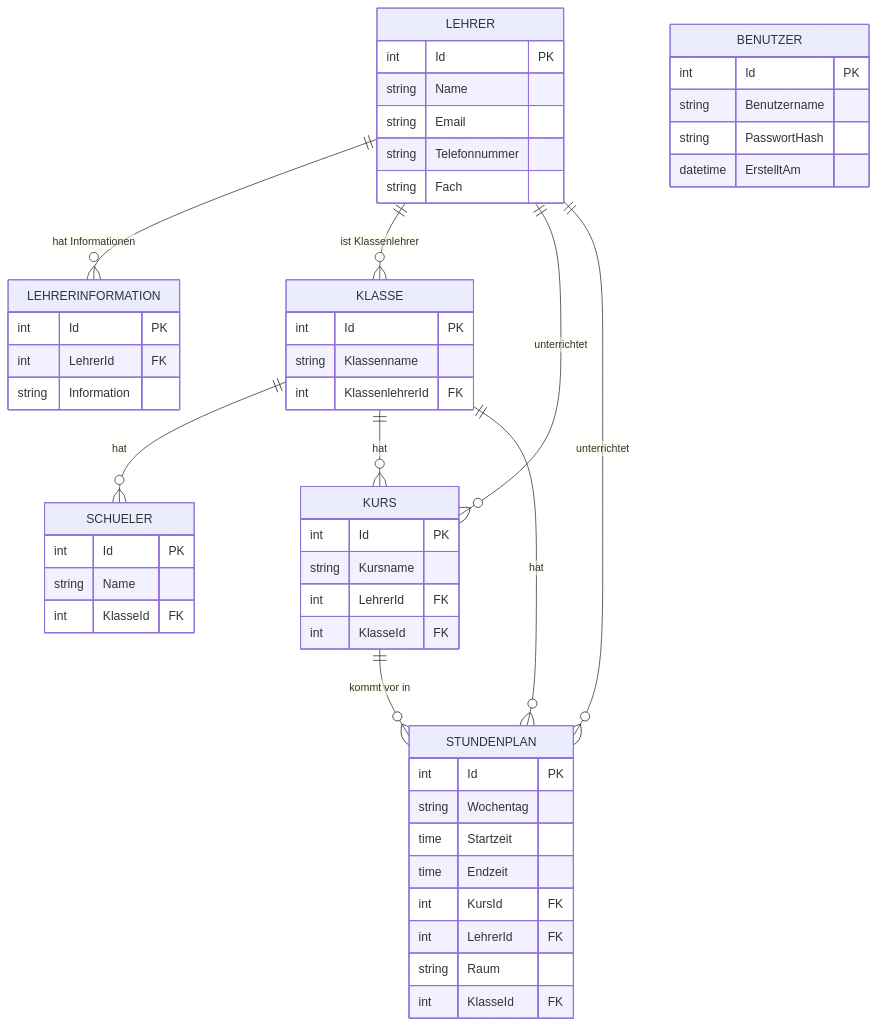
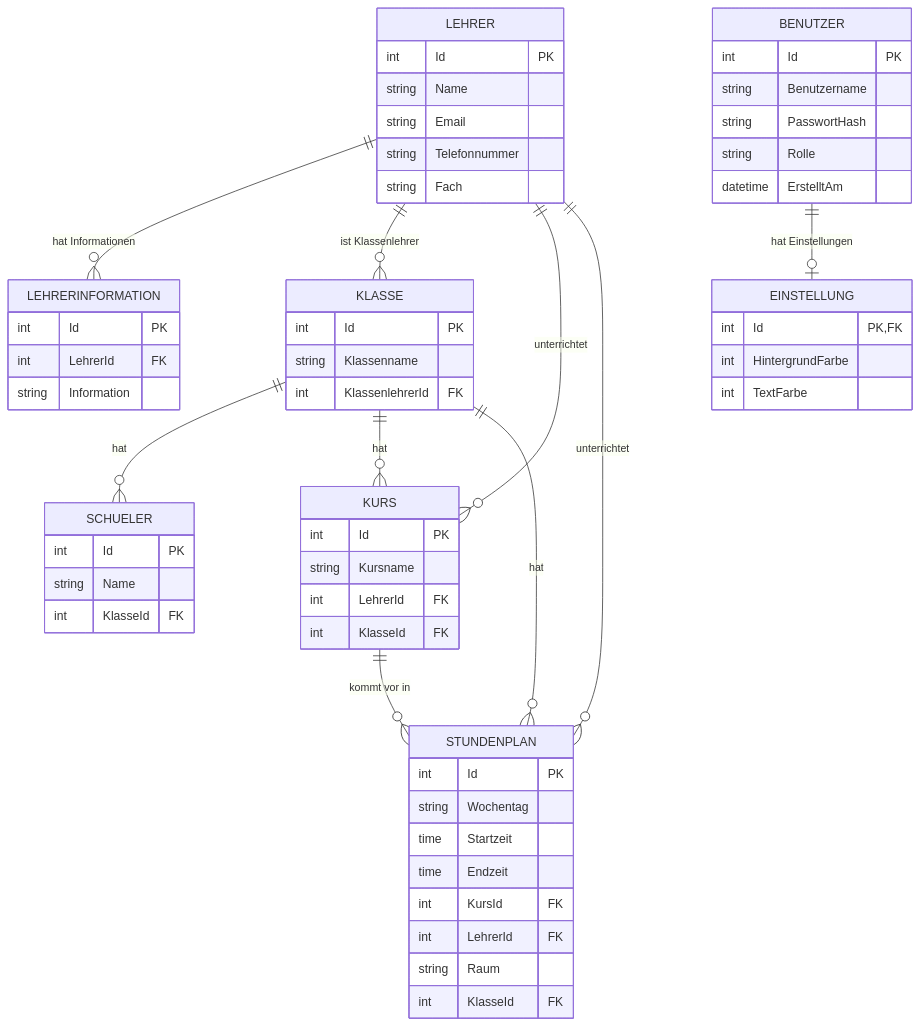
Before and after one commit to FionnLaesser/SchulApp: the diagram in README.md, drawn with Mermaid. The commit also changed other lines of this file, not shown here.

````diff
--- a/README.md
+++ b/README.md
@@ -240,63 +293,71 @@
 ```mermaid
 erDiagram
 
     SCHUELER {
         int Id PK
         string Name
         int KlasseId FK
     }
 
     LEHRER {
         int Id PK
         string Name
         string Email
         string Telefonnummer
         string Fach
     }
 
     LEHRERINFORMATION {
         int Id PK
         int LehrerId FK
         string Information
     }
 
     KLASSE {
         int Id PK
         string Klassenname
         int KlassenlehrerId FK
     }
 
     KURS {
         int Id PK
         string Kursname
         int LehrerId FK
         int KlasseId FK
     }
 
     STUNDENPLAN {
         int Id PK
         string Wochentag
         time Startzeit
         time Endzeit
         int KursId FK
         int LehrerId FK
         string Raum
         int KlasseId FK
     }
 
     BENUTZER {
         int Id PK
         string Benutzername
         string PasswortHash
+        string Rolle
         datetime ErstelltAm
+    }
+
+    EINSTELLUNG {
+        int Id PK, FK
+        int HintergrundFarbe
+        int TextFarbe
     }
 
     KLASSE ||--o{ SCHUELER : "hat"
     LEHRER ||--o{ LEHRERINFORMATION : "hat Informationen"
     LEHRER ||--o{ KLASSE : "ist Klassenlehrer"
     LEHRER ||--o{ KURS : "unterrichtet"
     KLASSE ||--o{ KURS : "hat"
     KURS ||--o{ STUNDENPLAN : "kommt vor in"
     LEHRER ||--o{ STUNDENPLAN : "unterrichtet"
     KLASSE ||--o{ STUNDENPLAN : "hat"
+    BENUTZER ||--o| EINSTELLUNG : "hat Einstellungen"
 ```
````
